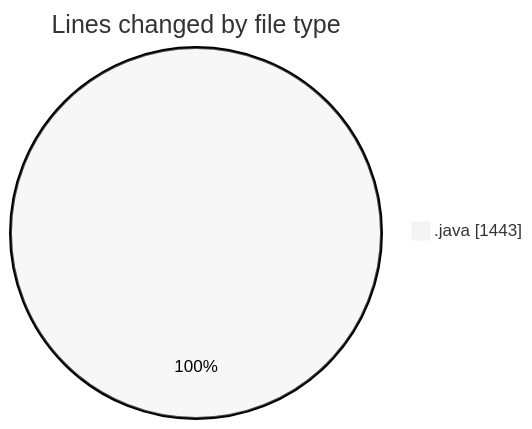
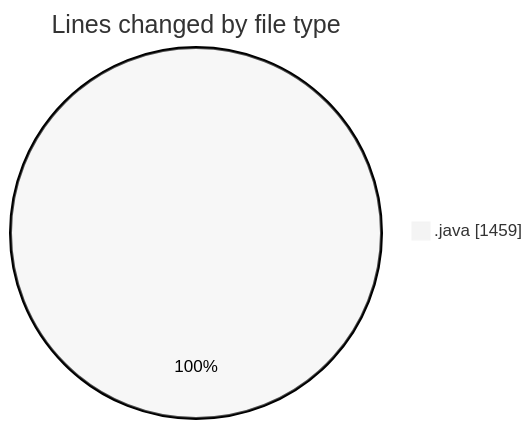
One commit to ricardozamudiocil/code-tracking changed the first of 2 diagrams in 2026-07-21/cilreports__workspace_/README.md. Above: the diagram before and after it, drawn with Mermaid (neutral theme). The commit also changed other lines of this file and 1 other file, not shown here.

````diff
--- a/2026-07-21/cilreports__workspace_/README.md
+++ b/2026-07-21/cilreports__workspace_/README.md
@@ -22,5 +22,5 @@
 ```mermaid
 pie showData
 title Lines changed by file type
-".java" : 1443
+".java" : 1459
 ```
````
